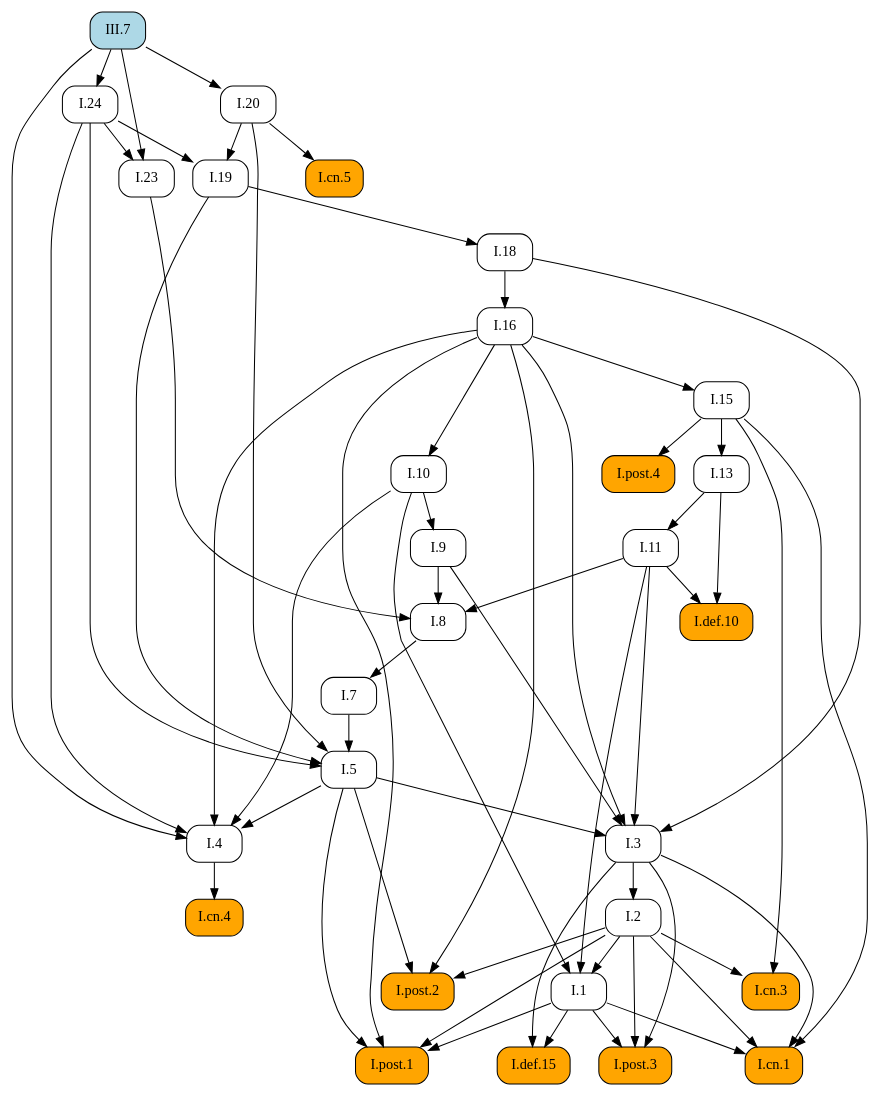
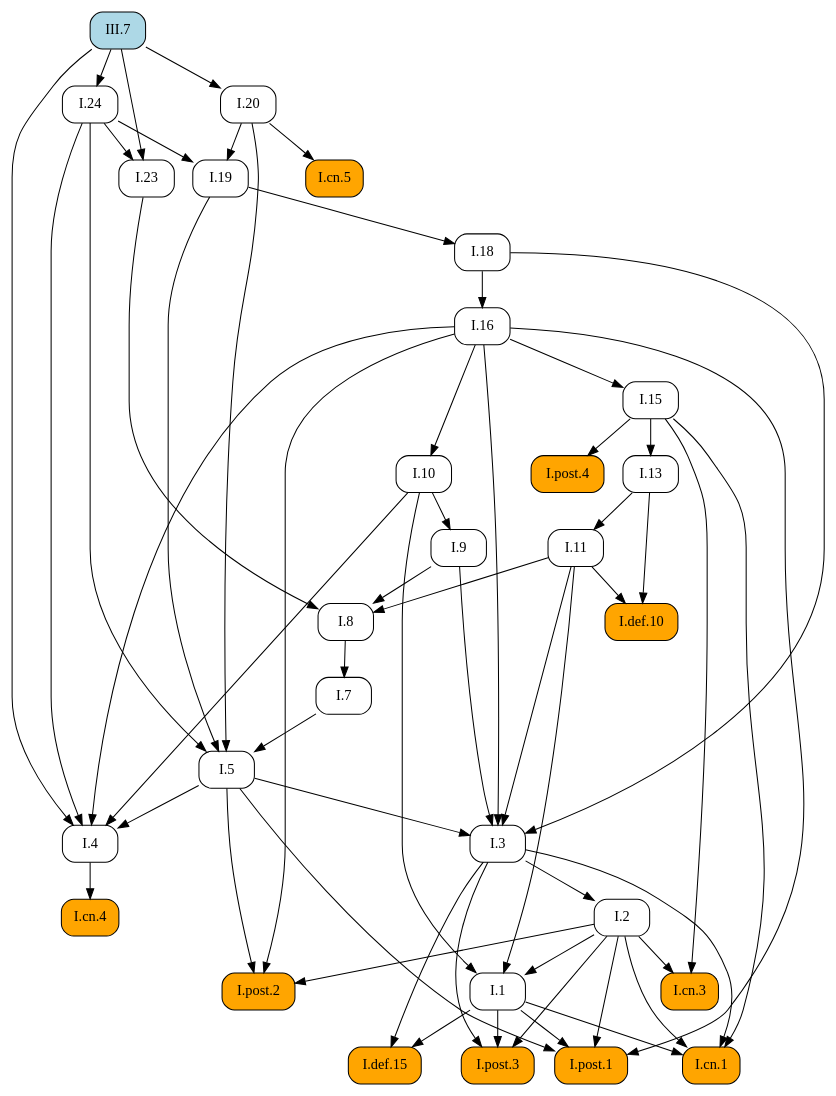
One commit to geometor/elements changed the diagram in docsrc/elements2/III/7/index.rst. Above: the diagram before and after it, drawn with Graphviz. The commit also changed other lines of this file and 409 other files, not shown here.

First line of the commit message:
feat: Add image cropping and graphic extraction script

```diff
--- a/docsrc/elements2/III/7/index.rst
+++ b/docsrc/elements2/III/7/index.rst
@@ -124,91 +124,91 @@
    digraph {
      rankdir="TB";
      node [shape=box, style=rounded];
+     "III.7" [style="rounded,filled", fillcolor=lightblue, URL="/elements2/III/7/", target="_top"];
+     "I.def.15" [style="rounded,filled", fillcolor=orange, URL="/elements2/I/def.15/", target="_top"];
+     "I.19" [URL="/elements2/I/19/", target="_top"];
+     "I.18" [URL="/elements2/I/18/", target="_top"];
+     "I.11" [URL="/elements2/I/11/", target="_top"];
+     "I.def.10" [style="rounded,filled", fillcolor=orange, URL="/elements2/I/def.10/", target="_top"];
      "I.8" [URL="/elements2/I/8/", target="_top"];
-     "I.19" [URL="/elements2/I/19/", target="_top"];
+     "I.5" [URL="/elements2/I/5/", target="_top"];
+     "I.15" [URL="/elements2/I/15/", target="_top"];
+     "I.3" [URL="/elements2/I/3/", target="_top"];
+     "I.10" [URL="/elements2/I/10/", target="_top"];
+     "I.cn.3" [style="rounded,filled", fillcolor=orange, URL="/elements2/I/cn.3/", target="_top"];
+     "I.cn.1" [style="rounded,filled", fillcolor=orange, URL="/elements2/I/cn.1/", target="_top"];
+     "I.cn.5" [style="rounded,filled", fillcolor=orange, URL="/elements2/I/cn.5/", target="_top"];
+     "I.13" [URL="/elements2/I/13/", target="_top"];
+     "I.post.3" [style="rounded,filled", fillcolor=orange, URL="/elements2/I/post.3/", target="_top"];
+     "I.4" [URL="/elements2/I/4/", target="_top"];
+     "I.7" [URL="/elements2/I/7/", target="_top"];
+     "I.9" [URL="/elements2/I/9/", target="_top"];
+     "I.23" [URL="/elements2/I/23/", target="_top"];
+     "I.16" [URL="/elements2/I/16/", target="_top"];
+     "I.24" [URL="/elements2/I/24/", target="_top"];
+     "I.post.1" [style="rounded,filled", fillcolor=orange, URL="/elements2/I/post.1/", target="_top"];
+     "I.2" [URL="/elements2/I/2/", target="_top"];
+     "I.cn.4" [style="rounded,filled", fillcolor=orange, URL="/elements2/I/cn.4/", target="_top"];
+     "I.post.4" [style="rounded,filled", fillcolor=orange, URL="/elements2/I/post.4/", target="_top"];
      "I.1" [URL="/elements2/I/1/", target="_top"];
-     "I.cn.4" [style="rounded,filled", fillcolor=orange, URL="/elements2/I/cn.4/", target="_top"];
-     "I.cn.3" [style="rounded,filled", fillcolor=orange, URL="/elements2/I/cn.3/", target="_top"];
-     "I.7" [URL="/elements2/I/7/", target="_top"];
-     "I.post.1" [style="rounded,filled", fillcolor=orange, URL="/elements2/I/post.1/", target="_top"];
-     "I.9" [URL="/elements2/I/9/", target="_top"];
-     "I.5" [URL="/elements2/I/5/", target="_top"];
-     "III.7" [style="rounded,filled", fillcolor=lightblue, URL="/elements2/III/7/", target="_top"];
-     "I.cn.1" [style="rounded,filled", fillcolor=orange, URL="/elements2/I/cn.1/", target="_top"];
-     "I.16" [URL="/elements2/I/16/", target="_top"];
-     "I.def.10" [style="rounded,filled", fillcolor=orange, URL="/elements2/I/def.10/", target="_top"];
-     "I.18" [URL="/elements2/I/18/", target="_top"];
-     "I.13" [URL="/elements2/I/13/", target="_top"];
-     "I.post.4" [style="rounded,filled", fillcolor=orange, URL="/elements2/I/post.4/", target="_top"];
-     "I.2" [URL="/elements2/I/2/", target="_top"];
-     "I.def.15" [style="rounded,filled", fillcolor=orange, URL="/elements2/I/def.15/", target="_top"];
-     "I.4" [URL="/elements2/I/4/", target="_top"];
-     "I.24" [URL="/elements2/I/24/", target="_top"];
-     "I.cn.5" [style="rounded,filled", fillcolor=orange, URL="/elements2/I/cn.5/", target="_top"];
-     "I.11" [URL="/elements2/I/11/", target="_top"];
-     "I.10" [URL="/elements2/I/10/", target="_top"];
-     "I.15" [URL="/elements2/I/15/", target="_top"];
      "I.20" [URL="/elements2/I/20/", target="_top"];
-     "I.3" [URL="/elements2/I/3/", target="_top"];
      "I.post.2" [style="rounded,filled", fillcolor=orange, URL="/elements2/I/post.2/", target="_top"];
-     "I.23" [URL="/elements2/I/23/", target="_top"];
-     "I.post.3" [style="rounded,filled", fillcolor=orange, URL="/elements2/I/post.3/", target="_top"];
+     "I.1" -> "I.def.15";
+     "I.3" -> "I.def.15";
+     "I.20" -> "I.19";
+     "I.24" -> "I.19";
+     "I.19" -> "I.18";
+     "I.13" -> "I.11";
+     "I.11" -> "I.def.10";
+     "I.13" -> "I.def.10";
      "I.9" -> "I.8";
      "I.11" -> "I.8";
      "I.23" -> "I.8";
-     "I.20" -> "I.19";
-     "I.24" -> "I.19";
-     "I.2" -> "I.1";
-     "I.10" -> "I.1";
-     "I.11" -> "I.1";
-     "I.4" -> "I.cn.4";
-     "I.2" -> "I.cn.3";
-     "I.15" -> "I.cn.3";
-     "I.8" -> "I.7";
-     "I.1" -> "I.post.1";
-     "I.2" -> "I.post.1";
-     "I.5" -> "I.post.1";
-     "I.16" -> "I.post.1";
-     "I.10" -> "I.9";
      "I.7" -> "I.5";
      "I.19" -> "I.5";
      "I.20" -> "I.5";
      "I.24" -> "I.5";
+     "I.16" -> "I.15";
+     "I.5" -> "I.3";
+     "I.9" -> "I.3";
+     "I.11" -> "I.3";
+     "I.16" -> "I.3";
+     "I.18" -> "I.3";
+     "I.16" -> "I.10";
+     "I.2" -> "I.cn.3";
+     "I.15" -> "I.cn.3";
      "I.1" -> "I.cn.1";
      "I.2" -> "I.cn.1";
      "I.3" -> "I.cn.1";
      "I.15" -> "I.cn.1";
-     "I.18" -> "I.16";
-     "I.11" -> "I.def.10";
-     "I.13" -> "I.def.10";
-     "I.19" -> "I.18";
+     "I.20" -> "I.cn.5";
      "I.15" -> "I.13";
-     "I.15" -> "I.post.4";
-     "I.3" -> "I.2";
-     "I.1" -> "I.def.15";
-     "I.3" -> "I.def.15";
+     "I.1" -> "I.post.3";
+     "I.2" -> "I.post.3";
+     "I.3" -> "I.post.3";
      "I.5" -> "I.4";
      "I.10" -> "I.4";
      "I.16" -> "I.4";
      "I.24" -> "I.4";
      "III.7" -> "I.4";
+     "I.8" -> "I.7";
+     "I.10" -> "I.9";
+     "I.24" -> "I.23";
+     "III.7" -> "I.23";
+     "I.18" -> "I.16";
      "III.7" -> "I.24";
-     "I.20" -> "I.cn.5";
-     "I.13" -> "I.11";
-     "I.16" -> "I.10";
-     "I.16" -> "I.15";
+     "I.1" -> "I.post.1";
+     "I.2" -> "I.post.1";
+     "I.5" -> "I.post.1";
+     "I.16" -> "I.post.1";
+     "I.3" -> "I.2";
+     "I.4" -> "I.cn.4";
+     "I.15" -> "I.post.4";
+     "I.2" -> "I.1";
+     "I.10" -> "I.1";
+     "I.11" -> "I.1";
      "III.7" -> "I.20";
-     "I.5" -> "I.3";
-     "I.9" -> "I.3";
-     "I.11" -> "I.3";
-     "I.16" -> "I.3";
-     "I.18" -> "I.3";
      "I.2" -> "I.post.2";
      "I.5" -> "I.post.2";
      "I.16" -> "I.post.2";
-     "I.24" -> "I.23";
-     "III.7" -> "I.23";
-     "I.1" -> "I.post.3";
-     "I.2" -> "I.post.3";
-     "I.3" -> "I.post.3";
    }
```
